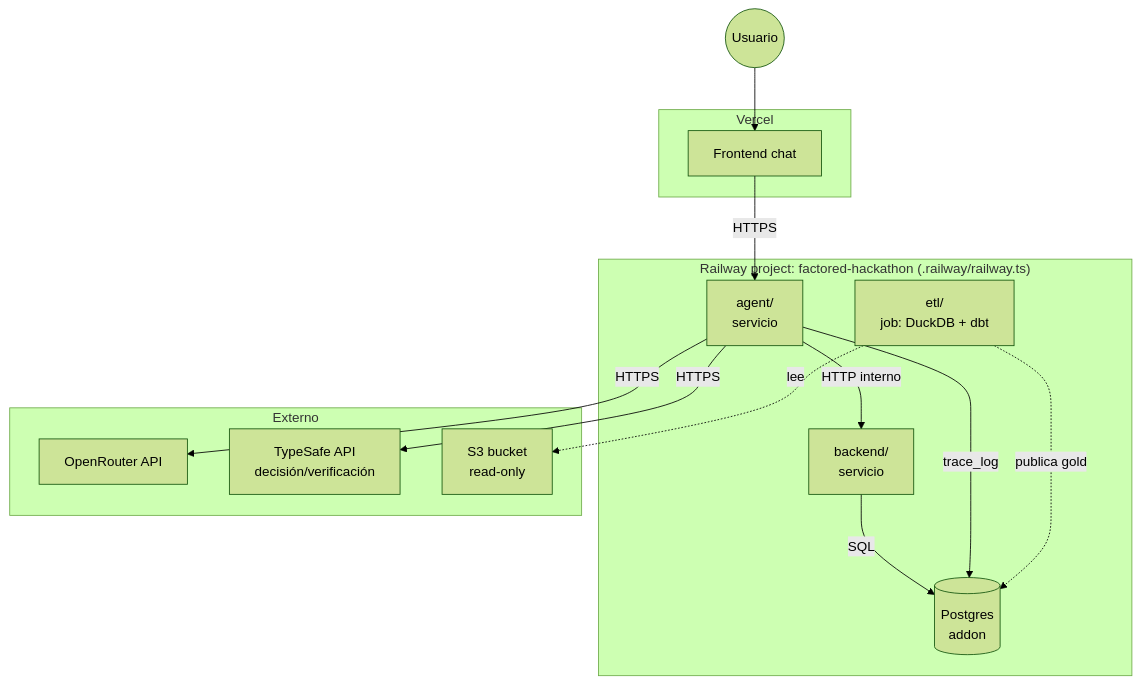
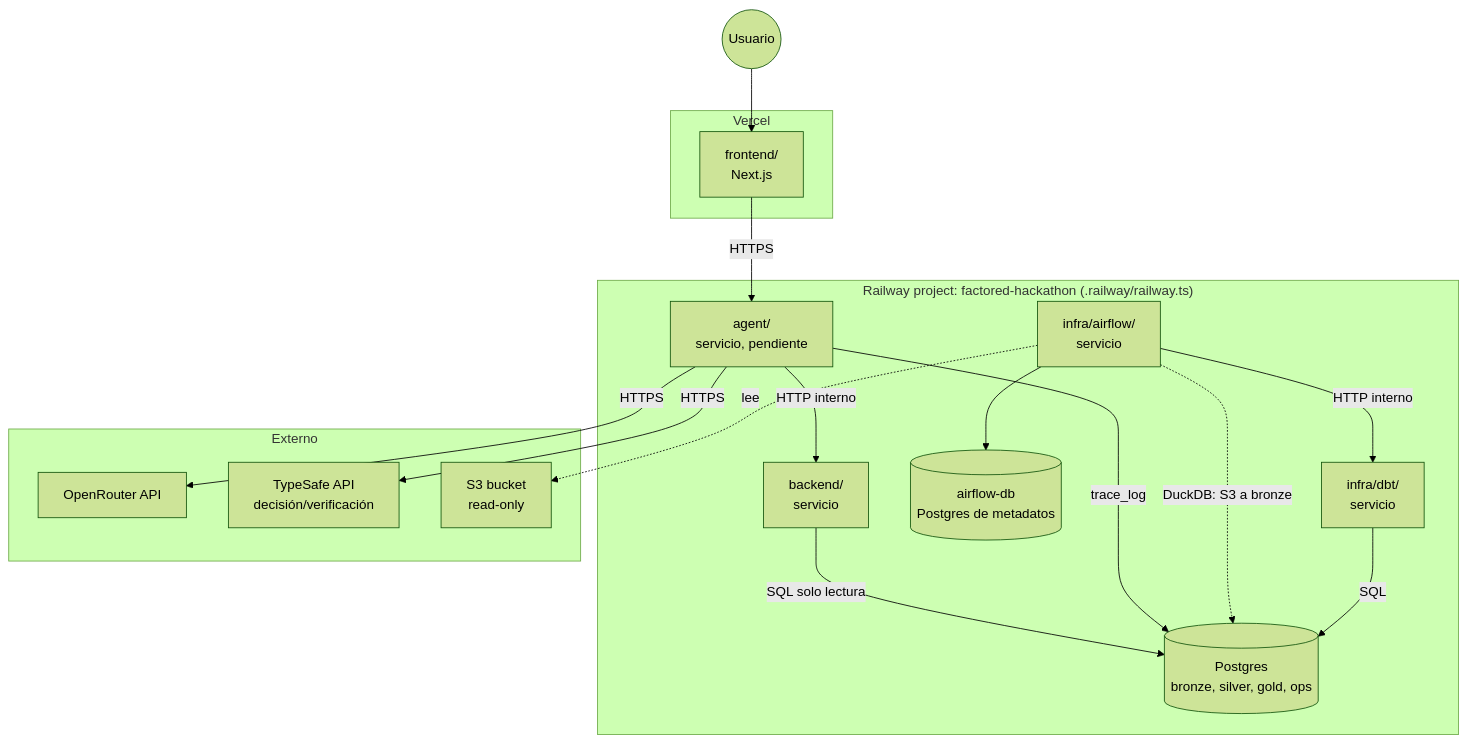
The second of 2 diagrams in spec/ARCHITECTURE.md (diego-rejalas/factored-hackathon-2026-bitcoders), drawn with Mermaid (forest theme) before and after one commit. The commit also changed other lines of this file and 12 other files, not shown here.

First line of the commit message:
docs: architecture for Airflow + DuckDB + dbt on Postgres, PydanticAI agent, Vercel frontend

````diff
--- a/spec/ARCHITECTURE.md
+++ b/spec/ARCHITECTURE.md
@@ -50,30 +57,35 @@
 ```mermaid
 flowchart TB
     subgraph vercel["Vercel"]
-        FE[Frontend chat]
+        FE[frontend/<br/>Next.js]
     end
 
     subgraph railway["Railway project: factored-hackathon (.railway/railway.ts)"]
-        AGENT[agent/<br/>servicio]
+        AGENT[agent/<br/>servicio, pendiente]
         BANK[backend/<br/>servicio]
-        ETL[etl/<br/>job: DuckDB + dbt]
-        PG[(Postgres<br/>addon)]
+        AIRFLOW[infra/airflow/<br/>servicio]
+        AFDB[(airflow-db<br/>Postgres de metadatos)]
+        DBT[infra/dbt/<br/>servicio]
+        PG[(Postgres<br/>bronze, silver, gold, ops)]
     end
 
     subgraph external["Externo"]
         OR[OpenRouter API]
         TS[TypeSafe API<br/>decisión/verificación]
         S3[S3 bucket<br/>read-only]
     end
 
     USER((Usuario)) --> FE
     FE -->|HTTPS| AGENT
     AGENT -->|HTTP interno| BANK
     AGENT -->|HTTPS| OR
     AGENT -->|HTTPS| TS
-    BANK -->|SQL| PG
+    BANK -->|SQL solo lectura| PG
     AGENT -->|trace_log| PG
 
-    ETL -.->|publica gold| PG
-    ETL -.->|lee| S3
+    AIRFLOW --> AFDB
+    AIRFLOW -.->|DuckDB: S3 a bronze| PG
+    AIRFLOW -.->|lee| S3
+    AIRFLOW -->|HTTP interno| DBT
+    DBT -->|SQL| PG
 ```
````
